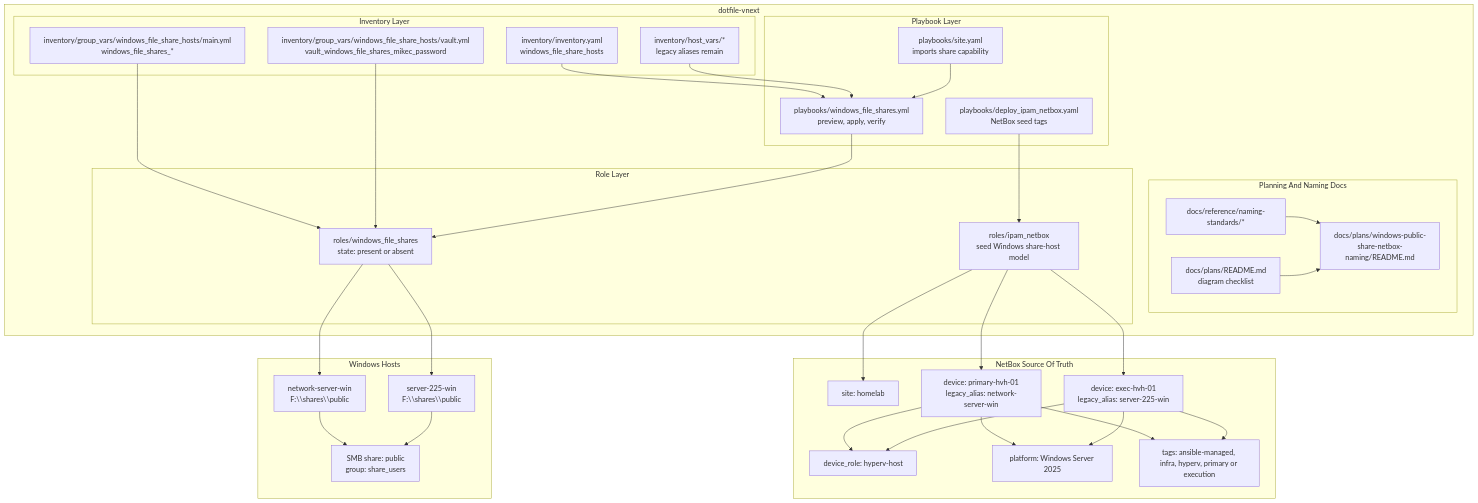
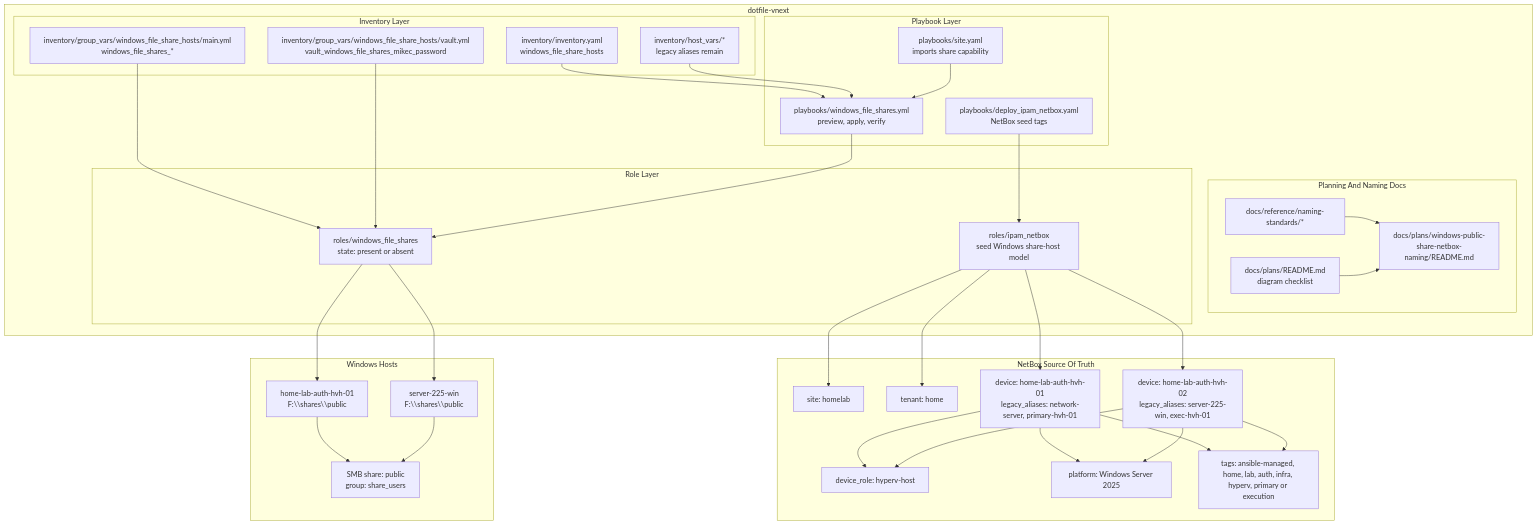
The first of 3 diagrams in docs/plans/windows-public-share-netbox-naming/README.md (doesitscript/dotfile-vnext), drawn with Mermaid before and after one commit. The commit also changed other lines of this file and 13 other files, not shown here.

First line of the commit message:
feat(ipam_netbox): expand model, add consistency gate, seed network-server VM

````diff
--- a/docs/plans/windows-public-share-netbox-naming/README.md
+++ b/docs/plans/windows-public-share-netbox-naming/README.md
@@ -12,68 +12,70 @@
 ```mermaid
 graph TB
     subgraph repo [dotfile-vnext]
         subgraph docs [Planning And Naming Docs]
             plan[docs/plans/windows-public-share-netbox-naming/README.md]
             template[docs/plans/README.md<br/>diagram checklist]
             naming[docs/reference/naming-standards/*]
         end
 
         subgraph inventory [Inventory Layer]
             inv[inventory/inventory.yaml<br/>windows_file_share_hosts]
             gv[inventory/group_vars/windows_file_share_hosts/main.yml<br/>windows_file_shares_*]
             vault[inventory/group_vars/windows_file_share_hosts/vault.yml<br/>vault_windows_file_shares_mikec_password]
             hostvars[inventory/host_vars/*<br/>legacy aliases remain]
         end
 
         subgraph roles [Role Layer]
             shares[roles/windows_file_shares<br/>state: present or absent]
             netbox[roles/ipam_netbox<br/>seed Windows share-host model]
         end
 
         subgraph playbooks [Playbook Layer]
             sharepb[playbooks/windows_file_shares.yml<br/>preview, apply, verify]
             nbpb[playbooks/deploy_ipam_netbox.yaml<br/>NetBox seed tags]
             site[playbooks/site.yaml<br/>imports share capability]
         end
     end
 
     subgraph netbox_live [NetBox Source Of Truth]
         nbsite[site: homelab]
-        nbdev1[device: primary-hvh-01<br/>legacy_alias: network-server-win]
-        nbdev2[device: exec-hvh-01<br/>legacy_alias: server-225-win]
+        nbtenant[tenant: home]
+        nbdev1[device: home-lab-auth-hvh-01<br/>legacy_aliases: network-server, primary-hvh-01]
+        nbdev2[device: home-lab-auth-hvh-02<br/>legacy_aliases: server-225-win, exec-hvh-01]
         nbrole[device_role: hyperv-host]
         nbplatform[platform: Windows Server 2025]
-        nbtags[tags: ansible-managed, infra, hyperv, primary or execution]
+        nbtags[tags: ansible-managed, home, lab, auth, infra, hyperv, primary or execution]
     end
 
     subgraph windows [Windows Hosts]
-        nsw[network-server-win<br/>F:\\shares\\public]
+        nsw[home-lab-auth-hvh-01<br/>F:\\shares\\public]
         s225[server-225-win<br/>F:\\shares\\public]
         smb[SMB share: public<br/>group: share_users]
     end
 
     naming --> plan
     template --> plan
     inv --> sharepb
     gv --> shares
     vault --> shares
     hostvars --> sharepb
     nbpb --> netbox
     sharepb --> shares
     site --> sharepb
 
     netbox --> nbsite
+    netbox --> nbtenant
     netbox --> nbdev1
     netbox --> nbdev2
     nbdev1 --> nbrole
     nbdev2 --> nbrole
     nbdev1 --> nbplatform
     nbdev2 --> nbplatform
     nbdev1 --> nbtags
     nbdev2 --> nbtags
 
     shares --> nsw
     shares --> s225
     nsw --> smb
     s225 --> smb
 ```
````
